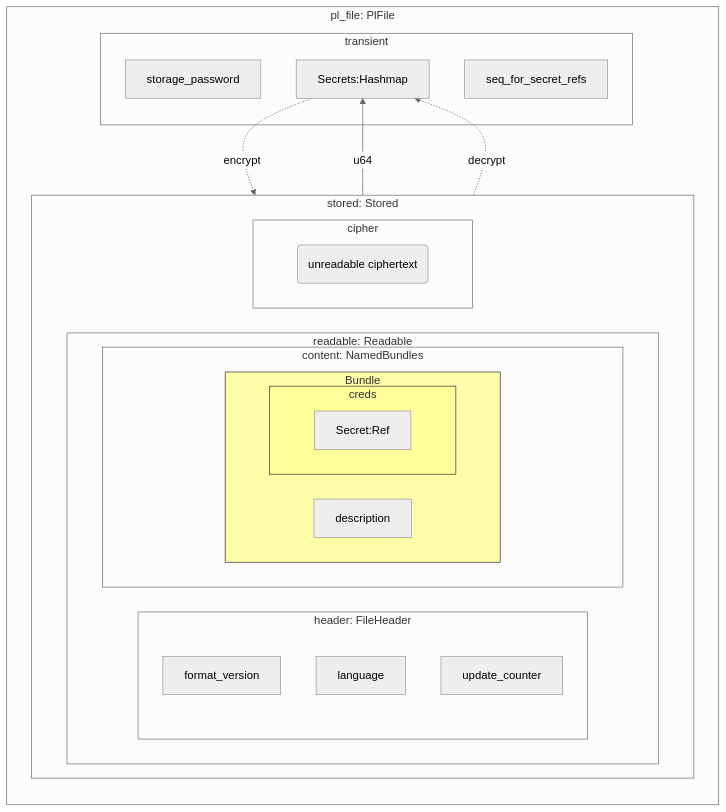
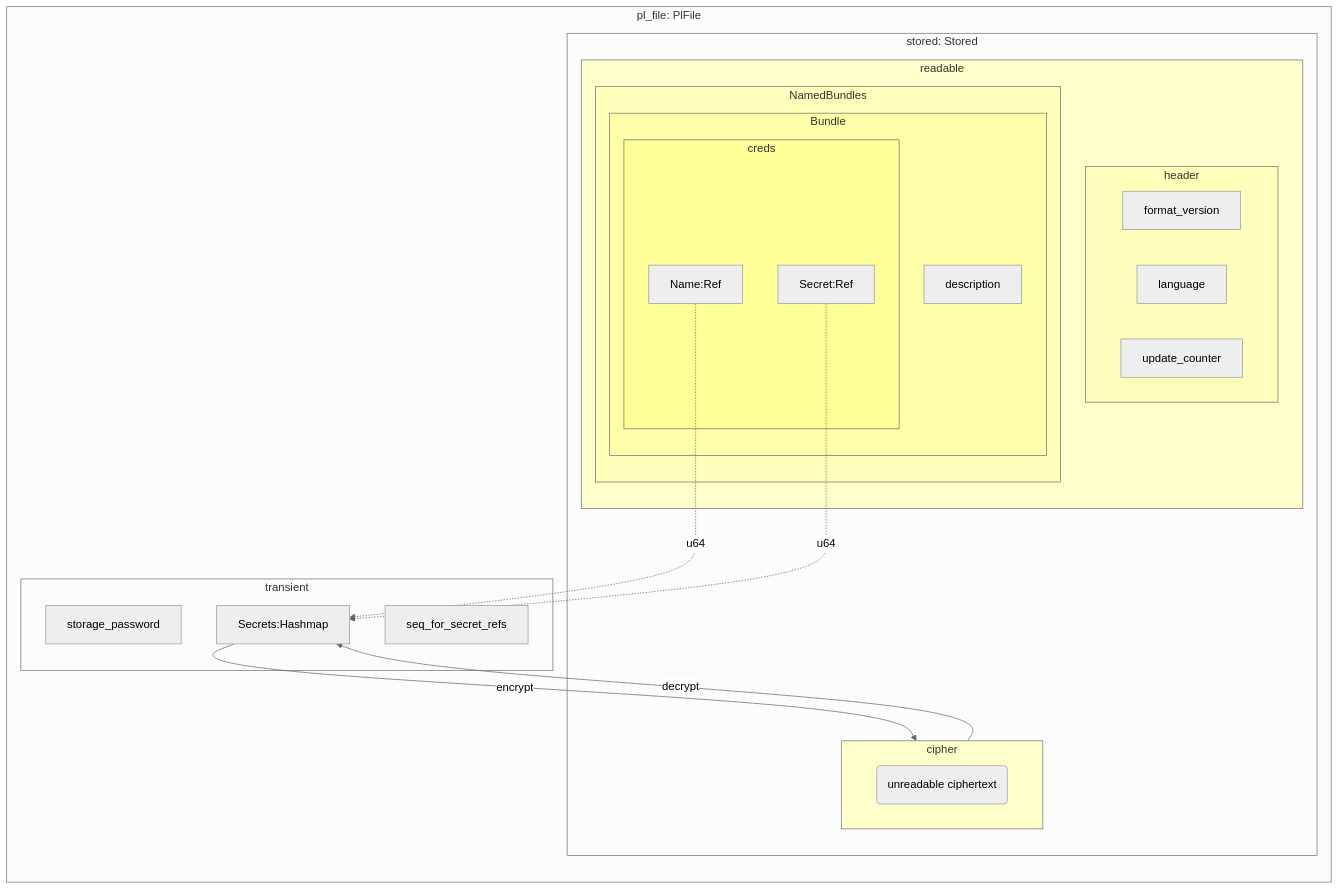
One commit to emabee/rust-prolock changed the first of 2 diagrams in doc/overview.md. Above: the diagram before and after it, drawn with Mermaid (neutral theme). The commit also changed other lines of this file and 10 other files, not shown here.

````diff
--- a/doc/overview.md
+++ b/doc/overview.md
@@ -25,49 +5,50 @@
 ```mermaid
     flowchart LR
 
     subgraph pl_file: PlFile
         subgraph stored: Stored
-            direction LR
-            subgraph readable: Readable
-                subgraph header: FileHeader
+            subgraph readable
+                subgraph header
                     format_version
                     language
                     update_counter
                 end
-                subgraph content: NamedBundles
+
+                subgraph NamedBundles
                     subgraph Bundle
-                        direction LR
                         description
                         subgraph creds
-                            Secret:Ref
+                         Name:Ref
+                         Secret:Ref
                         end
                     end
                 end
             end
             subgraph cipher
                 C(unreadable ciphertext)
             end
         end
 
         subgraph transient
             storage_password
             seq_for_secret_refs
             Secrets:Hashmap
         end
     end
 
 
-    Secret:Ref -- u64 --> Secrets:Hashmap
-    Secrets:Hashmap -. encrypt .-> cipher
-    cipher -. decrypt .-> Secrets:Hashmap
+    Name:Ref -. u64 .-> Secrets:Hashmap
+    Secret:Ref -. u64 .-> Secrets:Hashmap
+    Secrets:Hashmap -- encrypt --> cipher
+    cipher -- decrypt --> Secrets:Hashmap
 
 
-classDef class1 fill:#ffc,stroke:#333,stroke-width:1px;
-classDef class2 fill:#ffb,stroke:#333,stroke-width:1px;
-classDef class3 fill:#ffa,stroke:#333,stroke-width:1px;
-classDef class4 fill:#ff9,stroke:#333,stroke-width:1px;
-class readable class1
-class content:NamedBundles,header class2
+classDef class1 fill:#ffc;
+classDef class2 fill:#ffb;
+classDef class3 fill:#ffa;
+classDef class4 fill:#ff9;
+class readable,cipher class1
+class NamedBundles,header class2
 class Bundle class3
 class creds class4
 ```
````
